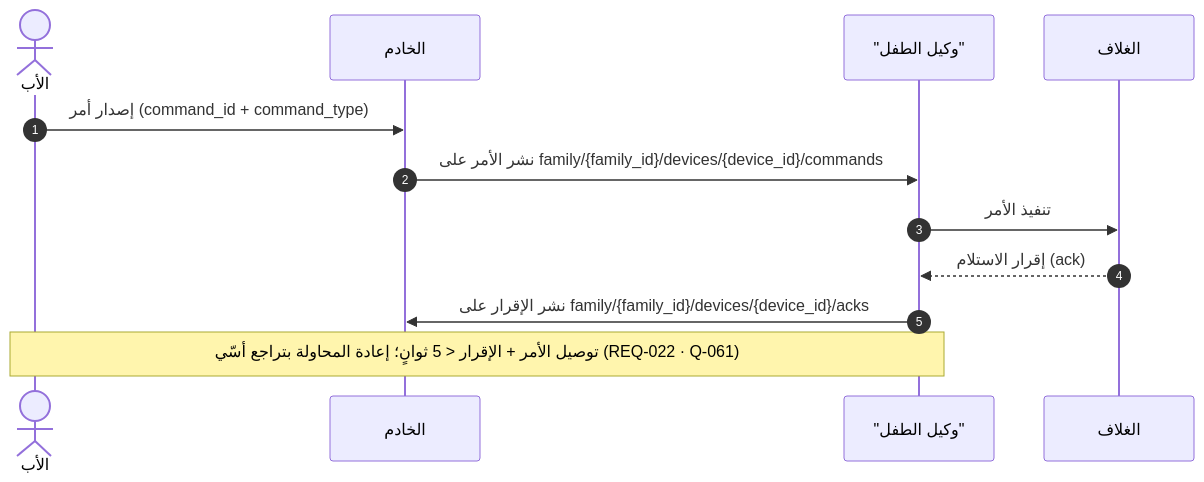
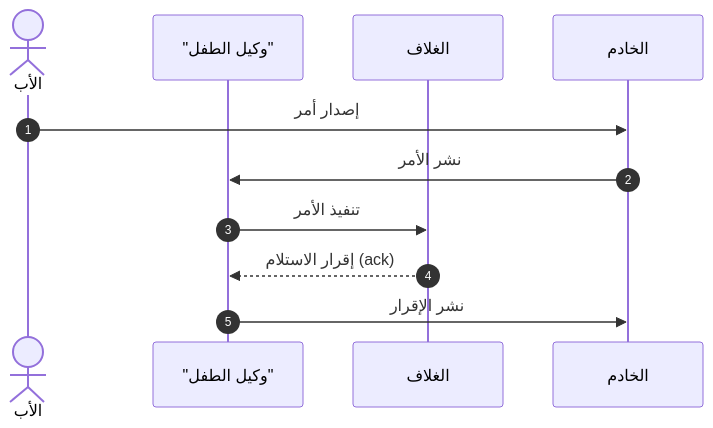
Before and after one commit to Bassam-mohammed-alqaeadi/family-os-v2: diagram 11 of 19 in docs/family-os/governance/phases/phase-1/S1-01-app-shell-and-platform/DIAGRAMS.md, drawn with Mermaid. The commit also changed other lines of this file, not shown here.

First line of the commit message:
S1-01: إعادة رسم مخططات Q-434 — محتوى Q-416/Q-424 وشكل §3

````diff
--- a/docs/family-os/governance/phases/phase-1/S1-01-app-shell-and-platform/DIAGRAMS.md
+++ b/docs/family-os/governance/phases/phase-1/S1-01-app-shell-and-platform/DIAGRAMS.md
@@ -412,14 +432,13 @@
 ```mermaid
 sequenceDiagram
     autonumber
     actor Father as الأب
-    participant Ktor as الخادم
     participant Agent as "وكيل الطفل"
     participant Shell as الغلاف
-    Father->>Ktor: إصدار أمر (command_id + command_type)
-    Ktor->>Agent: نشر الأمر على family/{family_id}/devices/{device_id}/commands
+    participant Ktor as الخادم
+    Father->>Ktor: إصدار أمر
+    Ktor->>Agent: نشر الأمر
     Agent->>Shell: تنفيذ الأمر
     Shell-->>Agent: إقرار الاستلام (ack)
-    Agent->>Ktor: نشر الإقرار على family/{family_id}/devices/{device_id}/acks
-    Note over Father,Agent: توصيل الأمر + الإقرار < 5 ثوانٍ؛ إعادة المحاولة بتراجع أسّي (REQ-022 · Q-061)
+    Agent->>Ktor: نشر الإقرار
 ```
````
